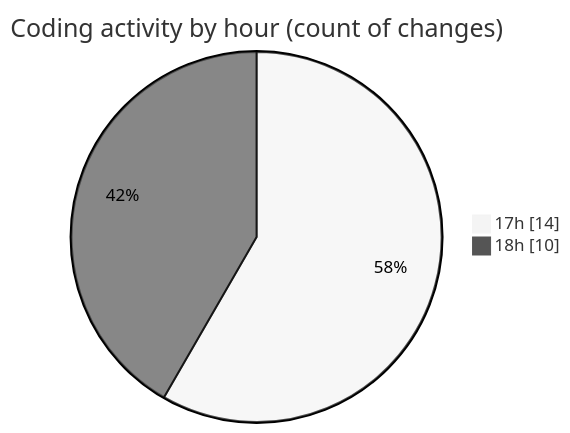
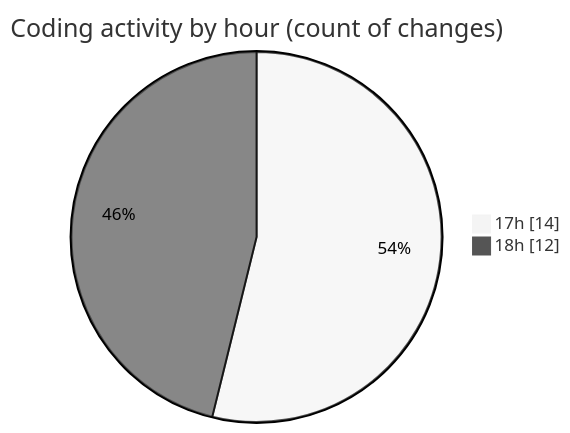
The second of 2 diagrams in 2025-10-05/lapangan-futsal/README.md (idhammustaqopulfikri/code-tracking), drawn with Mermaid (neutral theme) before and after one commit. The commit also changed other lines of this file and 1 other file, not shown here.

````diff
--- a/2025-10-05/lapangan-futsal/README.md
+++ b/2025-10-05/lapangan-futsal/README.md
@@ -42,6 +45,6 @@
 ```mermaid
 pie showData
 title Coding activity by hour (count of changes)
 "17h" : 14
-"18h" : 10
+"18h" : 12
 ```
````
